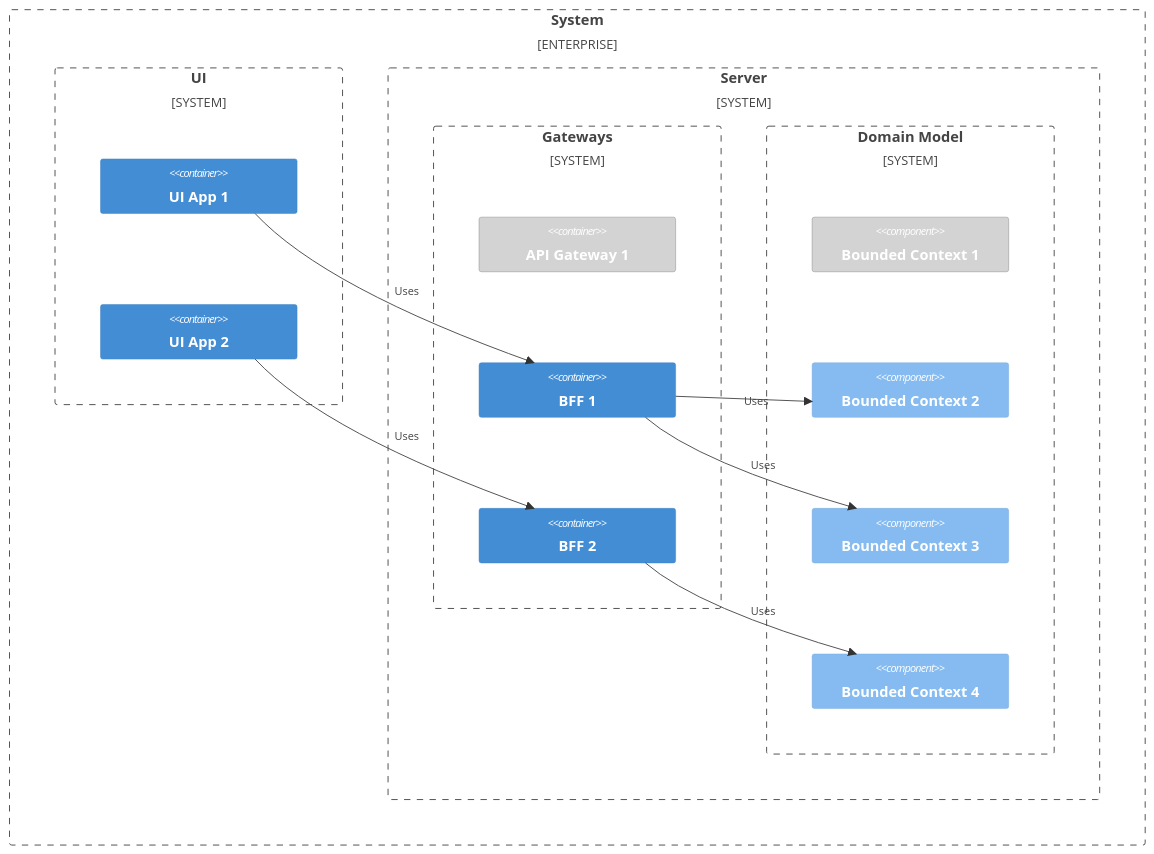
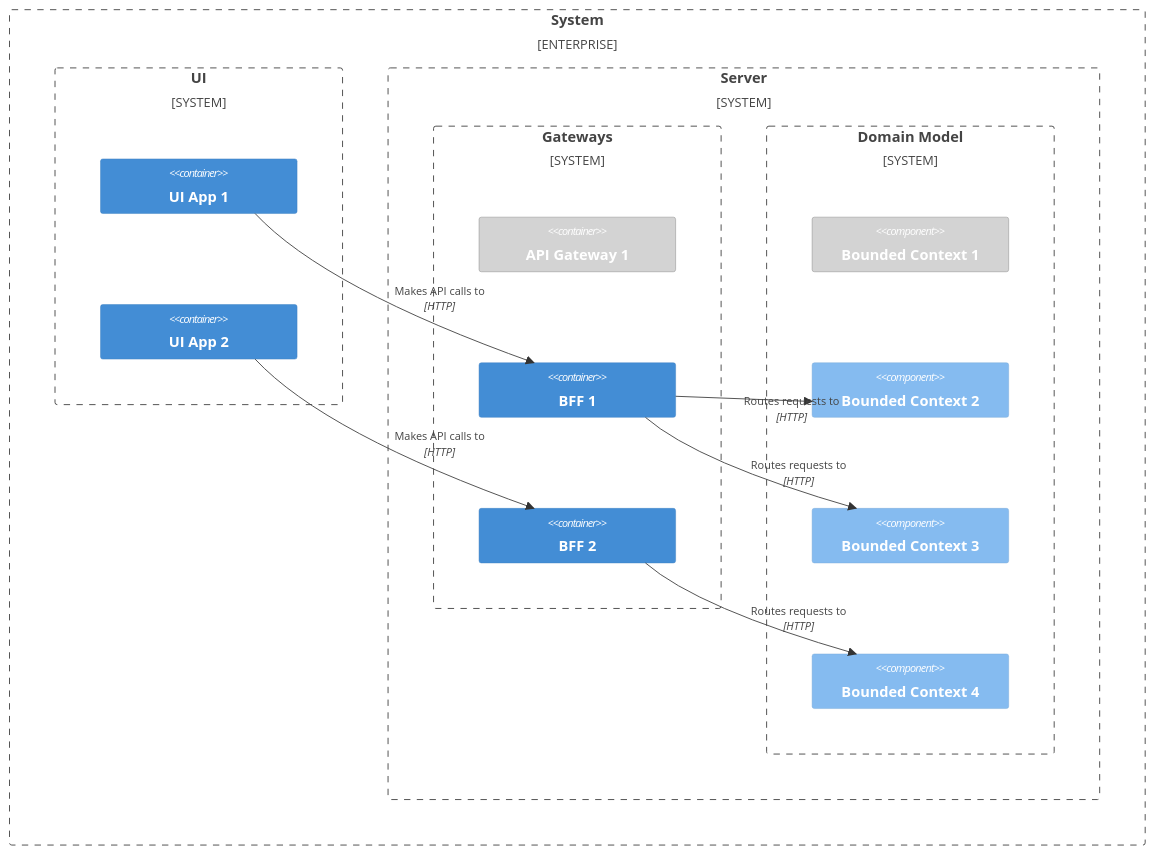
Before and after one commit to gyuwon/ArchitecturalRunwayGuidelines: the second of 27 diagrams in README.md, drawn with Mermaid. The commit also changed other lines of this file, not shown here.

````diff
--- a/README.md
+++ b/README.md
@@ -110,36 +81,36 @@
 ```mermaid
 C4Context
 
 Enterprise_Boundary(wb, "System") {
   System_Boundary(uib, "UI") {
     Container(app1, "UI App 1")
     Container(app2, "UI App 2")
   }
   System_Boundary(sb, "Server") {
     System_Boundary(gwb, "Gateways") {
       Container(gw1, "API Gateway 1")
       Container(bff1, "BFF 1")
       Container(bff2, "BFF 2")
     }
     System_Boundary(dmb, "Domain Model") {
       Component(bc1, "Bounded Context 1")
       Component(bc2, "Bounded Context 2")
       Component(bc3, "Bounded Context 3")
       Component(bc4, "Bounded Context 4")
     }
   }
 }
 
-Rel(bff1, bc2, "Uses")
-Rel(bff1, bc3, "Uses")
-Rel(bff2, bc4, "Uses")
+Rel(bff1, bc2, "Routes requests to", "HTTP")
+Rel(bff1, bc3, "Routes requests to", "HTTP")
+Rel(bff2, bc4, "Routes requests to", "HTTP")
 
-Rel(app1, bff1, "Uses")
-Rel(app2, bff2, "Uses")
+Rel(app1, bff1, "Makes API calls to", "HTTP")
+Rel(app2, bff2, "Makes API calls to", "HTTP")
 
 UpdateLayoutConfig($c4ShapeInRow="3", $c4BoundaryInRow="3")
 
 UpdateElementStyle(gw1, $bgColor="lightgrey", $borderColor="grey")
 
 UpdateElementStyle(bc1, $bgColor="lightgrey", $borderColor="grey")
 ```
````
